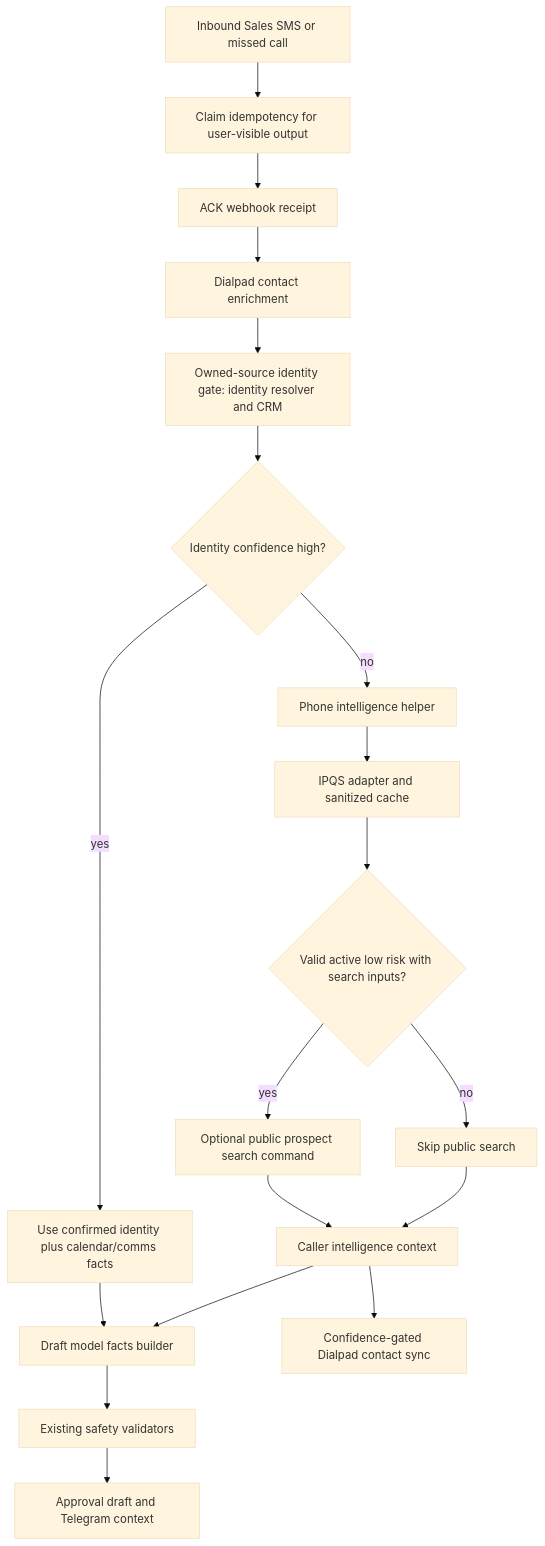
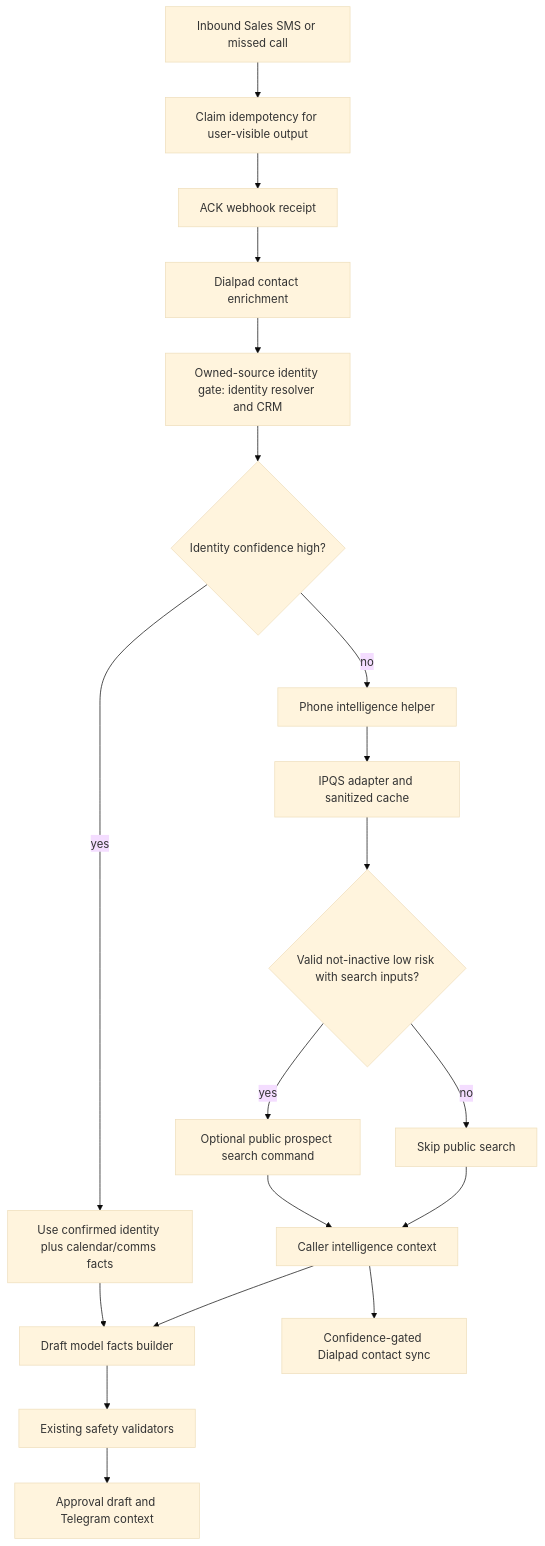
The diagram in docs/plans/2026-06-23-001-feat-phone-validation-prospect-enrichment-plan.md (kesslerio/dialpad-openclaw-skill), drawn with Mermaid (base theme) before and after one commit. The commit also changed other lines of this file and 1 other file, not shown here.

````diff
--- a/docs/plans/2026-06-23-001-feat-phone-validation-prospect-enrichment-plan.md
+++ b/docs/plans/2026-06-23-001-feat-phone-validation-prospect-enrichment-plan.md
@@ -208,21 +212,21 @@
 ```mermaid
 flowchart TD
   A[Inbound Sales SMS or missed call] --> AB[Claim idempotency for user-visible output]
   AB --> AA[ACK webhook receipt]
   AA --> B[Dialpad contact enrichment]
   B --> C[Owned-source identity gate: identity resolver and CRM]
   C --> E{Identity confidence high?}
   E -- yes --> F[Use confirmed identity plus calendar/comms facts]
   E -- no --> G[Phone intelligence helper]
   G --> H[IPQS adapter and sanitized cache]
-  H --> I{Valid active low risk with search inputs?}
+  H --> I{Valid not-inactive low risk with search inputs?}
   I -- yes --> J[Optional public prospect search command]
   I -- no --> K[Skip public search]
   J --> L[Caller intelligence context]
   K --> L
   F --> M[Draft model facts builder]
   L --> M
   M --> N[Existing safety validators]
   N --> O[Approval draft and Telegram context]
   L --> P[Confidence-gated Dialpad contact sync]
 ```
````
